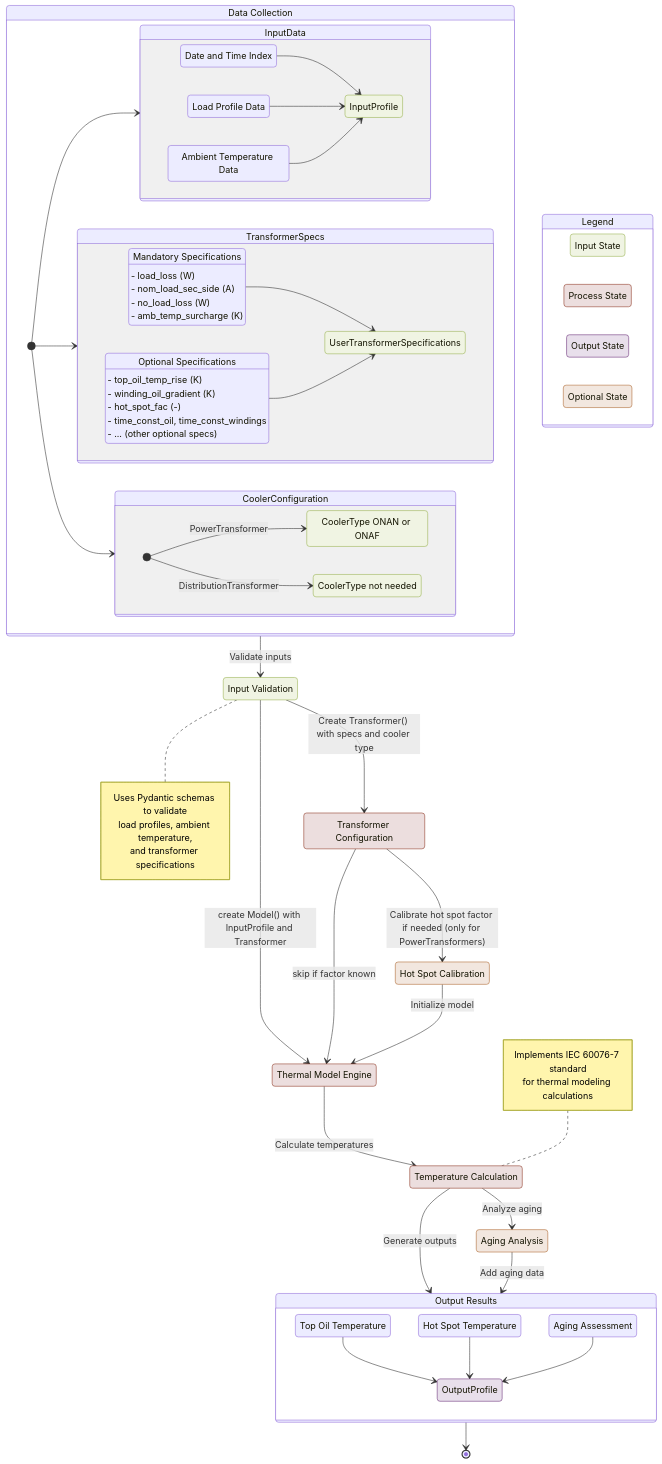
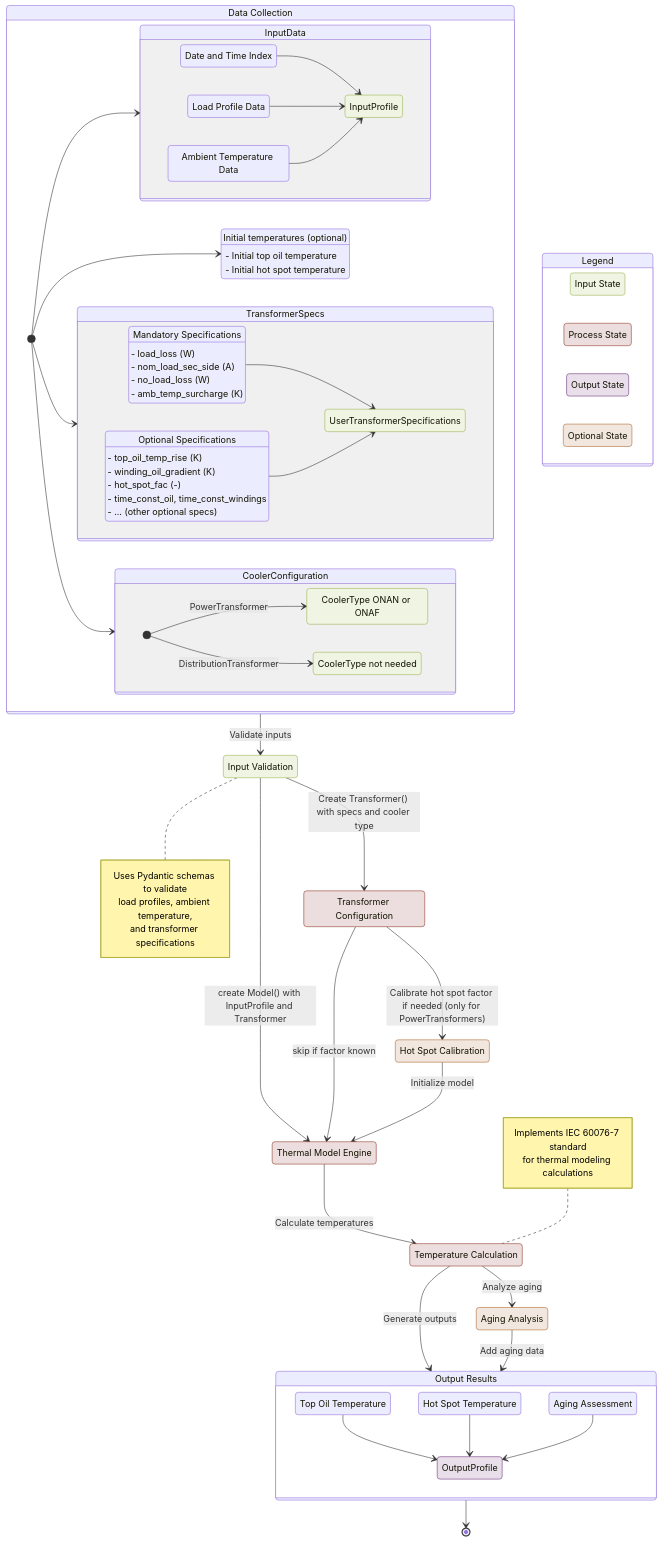
The diagram in docs/api_reference/architecture.md (alliander-opensource/transformer-thermal-model), drawn with Mermaid before and after one commit.

Commit message:
docs: add initial temperatures to architecture diagram.

```diff
--- a/docs/api_reference/architecture.md
+++ b/docs/api_reference/architecture.md
@@ -45,6 +45,10 @@
             LoadProfile --> InputProfile
             AmbientTemp --> InputProfile
         }
+        InitialTemperatures: Initial temperatures (optional)
+        InitialTemperatures:  - Initial top oil temperature
+        InitialTemperatures:  - Initial hot spot temperature
+
         state CoolerConfiguration {
             direction LR
             CoolerTypePT: CoolerType ONAN or ONAF
@@ -79,6 +83,7 @@
         [*] --> InputData      
         [*] --> TransformerSpecs
         [*] --> CoolerConfiguration
+        [*] --> InitialTemperatures
     }
     
     %% Composite state for results
```
